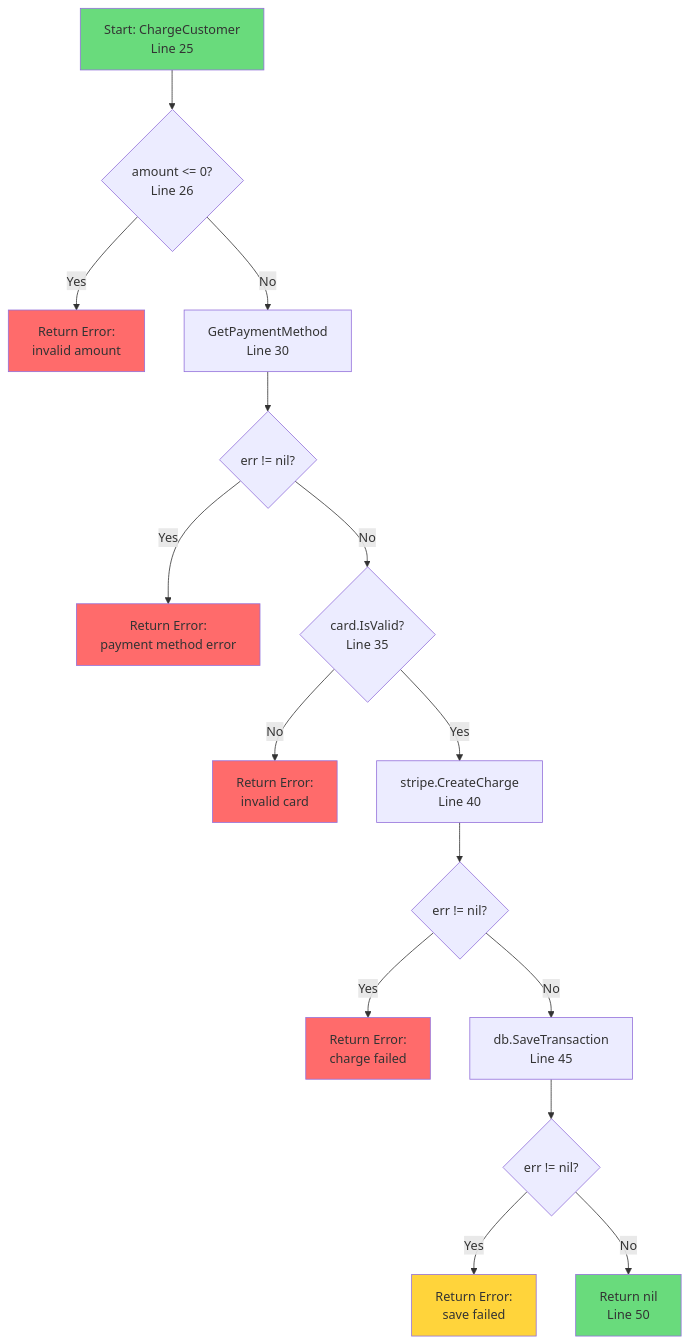
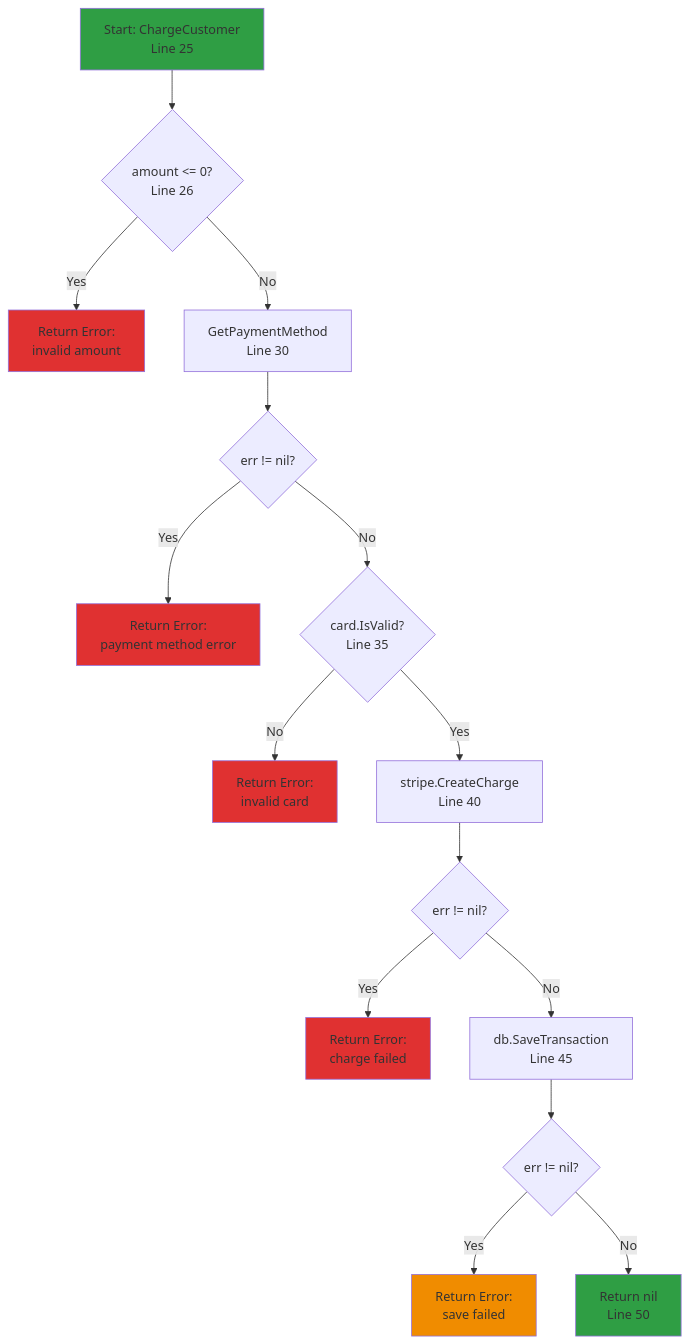
Before and after one commit to selimabeniacar/gemini-skills: the first of 3 diagrams in examples/control-flow.md, drawn with Mermaid. The commit also changed other lines of this file and 6 other files, not shown here.

Commit message:
Add /flow skill for generating flow diagrams

````diff
--- a/examples/control-flow.md
+++ b/examples/control-flow.md
@@ -46,25 +46,25 @@
 ```mermaid
 flowchart TD
     A[Start: ChargeCustomer<br/>Line 25] --> B{amount <= 0?<br/>Line 26}
     B -->|Yes| C[Return Error:<br/>invalid amount]
     B -->|No| D[GetPaymentMethod<br/>Line 30]
     D --> E{err != nil?}
     E -->|Yes| F[Return Error:<br/>payment method error]
     E -->|No| G{card.IsValid?<br/>Line 35}
     G -->|No| H[Return Error:<br/>invalid card]
     G -->|Yes| I[stripe.CreateCharge<br/>Line 40]
     I --> J{err != nil?}
     J -->|Yes| K[Return Error:<br/>charge failed]
     J -->|No| L[db.SaveTransaction<br/>Line 45]
     L --> M{err != nil?}
     M -->|Yes| N[Return Error:<br/>save failed]
     M -->|No| O[Return nil<br/>Line 50]
 
-    style A fill:#69db7c
-    style O fill:#69db7c
-    style C fill:#ff6b6b
-    style F fill:#ff6b6b
-    style H fill:#ff6b6b
-    style K fill:#ff6b6b
-    style N fill:#ffd43b
+    style A fill:#2f9e44
+    style O fill:#2f9e44
+    style C fill:#e03131
+    style F fill:#e03131
+    style H fill:#e03131
+    style K fill:#e03131
+    style N fill:#f08c00
 ```
````
